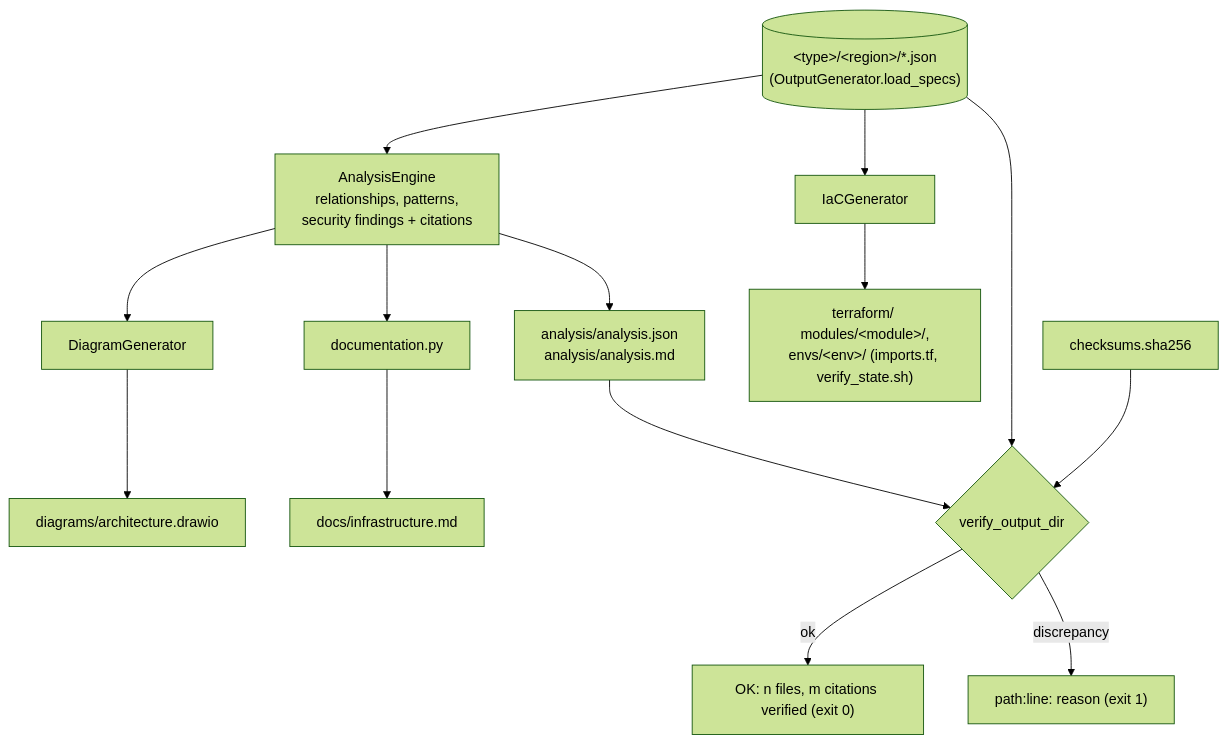
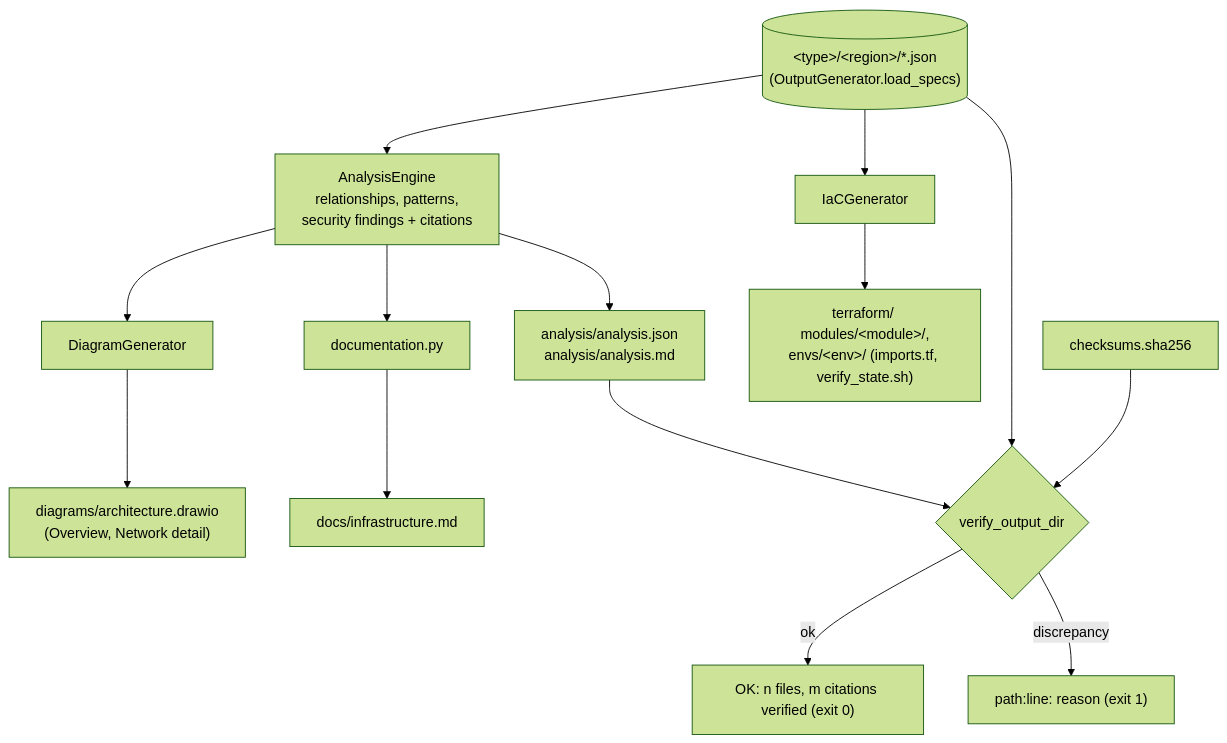
Before and after one commit to buyamm/aws-resource-inventory: the third of 3 diagrams in docs/ARCHITECTURE.md, drawn with Mermaid (forest theme). The commit also changed other lines of this file and 234 other files, not shown here.

````diff
--- a/docs/ARCHITECTURE.md
+++ b/docs/ARCHITECTURE.md
@@ -93,14 +103,14 @@
 ```mermaid
 flowchart TB
     Specs[("#lt;type#gt;/#lt;region#gt;/*.json<br/>(OutputGenerator.load_specs)")]
     Specs --> AE["AnalysisEngine<br/>relationships, patterns,<br/>security findings + citations"]
     AE --> AJ["analysis/analysis.json<br/>analysis/analysis.md"]
-    AE --> DG["DiagramGenerator"] --> DR["diagrams/architecture.drawio"]
+    AE --> DG["DiagramGenerator"] --> DR["diagrams/architecture.drawio<br/>(Overview, Network detail)"]
     AE --> DOC["documentation.py"] --> DM["docs/infrastructure.md"]
     Specs --> IAC["IaCGenerator"] --> TF["terraform/ modules/#lt;module#gt;/,<br/>envs/#lt;env#gt;/ (imports.tf, verify_state.sh)"]
     AJ --> V{"verify_output_dir"}
     Specs --> V
     CK["checksums.sha256"] --> V
     V -->|ok| OK["OK: n files, m citations verified (exit 0)"]
     V -->|discrepancy| BAD["path:line: reason (exit 1)"]
 ```
````
